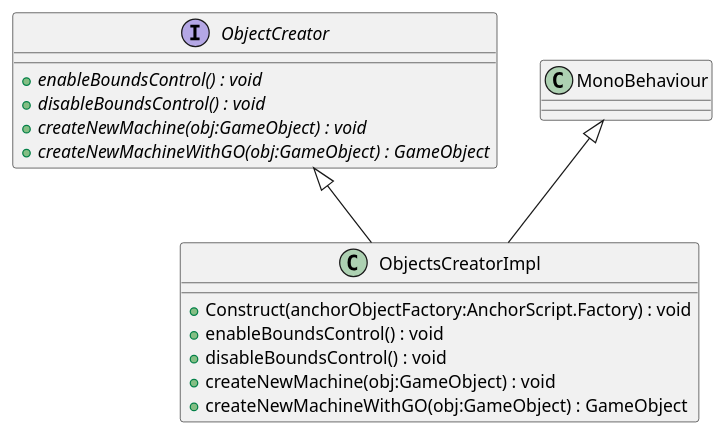
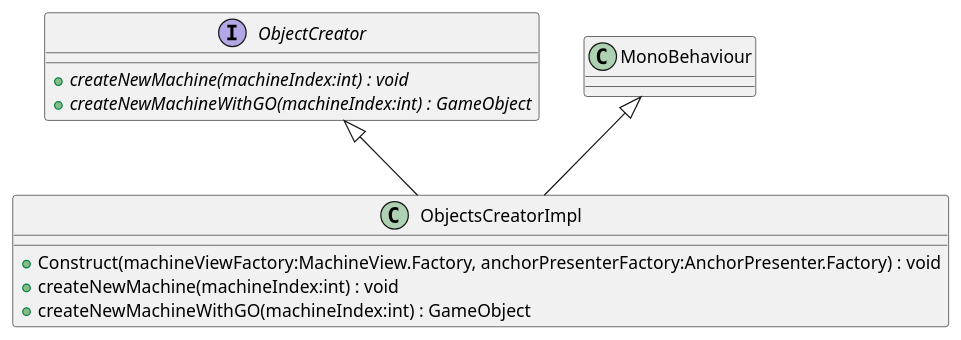
One commit to DeNatur/ProductionFloorVisualization changed the diagram in UML/Assets/Scripts/ObjectsCreatorImpl.puml. Above: the diagram before and after it, drawn with PlantUML. The commit also changed 19 other files, not shown here.

Commit message:
Generate UML (Generate UML)

```diff
--- a/UML/Assets/Scripts/ObjectsCreatorImpl.puml
+++ b/UML/Assets/Scripts/ObjectsCreatorImpl.puml
@@ -1,17 +1,13 @@
 @startuml
 interface ObjectCreator {
-    + {abstract} enableBoundsControl() : void
-    + {abstract} disableBoundsControl() : void
-    + {abstract} createNewMachine(obj:GameObject) : void
-    + {abstract} createNewMachineWithGO(obj:GameObject) : GameObject
+    + {abstract} createNewMachine(machineIndex:int) : void
+    + {abstract} createNewMachineWithGO(machineIndex:int) : GameObject
 }
 class ObjectsCreatorImpl {
-    + Construct(anchorObjectFactory:AnchorScript.Factory) : void
-    + enableBoundsControl() : void
-    + disableBoundsControl() : void
-    + createNewMachine(obj:GameObject) : void
-    + createNewMachineWithGO(obj:GameObject) : GameObject
+    + Construct(machineViewFactory:MachineView.Factory, anchorPresenterFactory:AnchorPresenter.Factory) : void
+    + createNewMachine(machineIndex:int) : void
+    + createNewMachineWithGO(machineIndex:int) : GameObject
 }
 MonoBehaviour <|-- ObjectsCreatorImpl
 ObjectCreator <|-- ObjectsCreatorImpl
 @enduml
```
